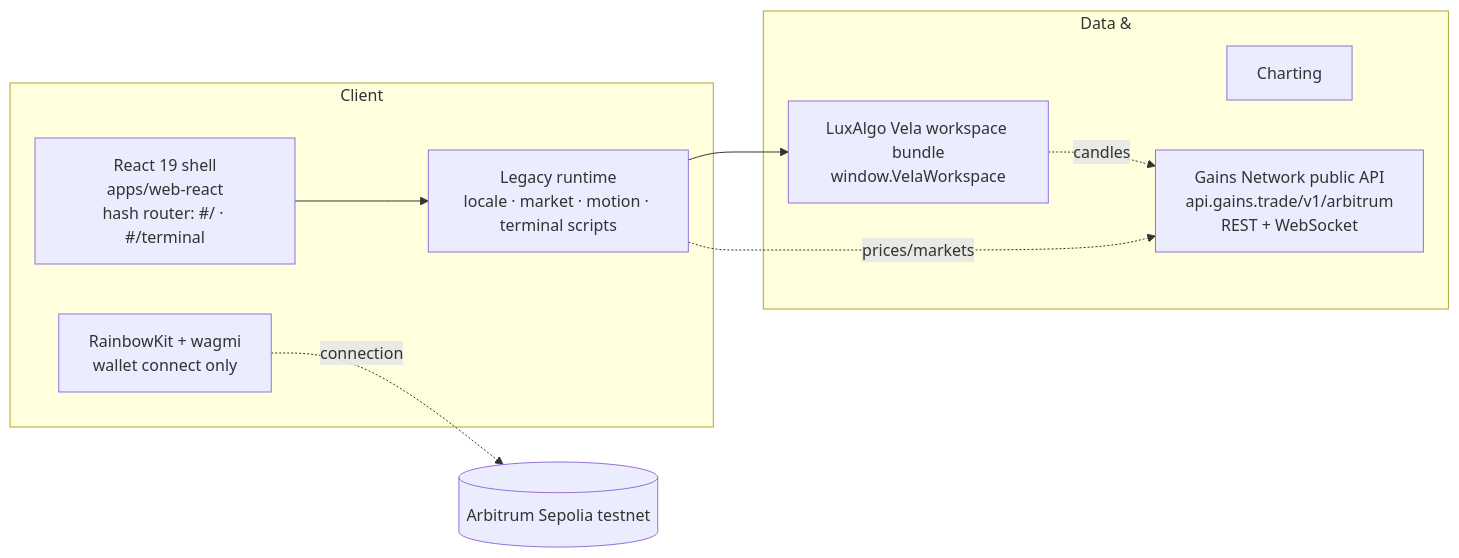
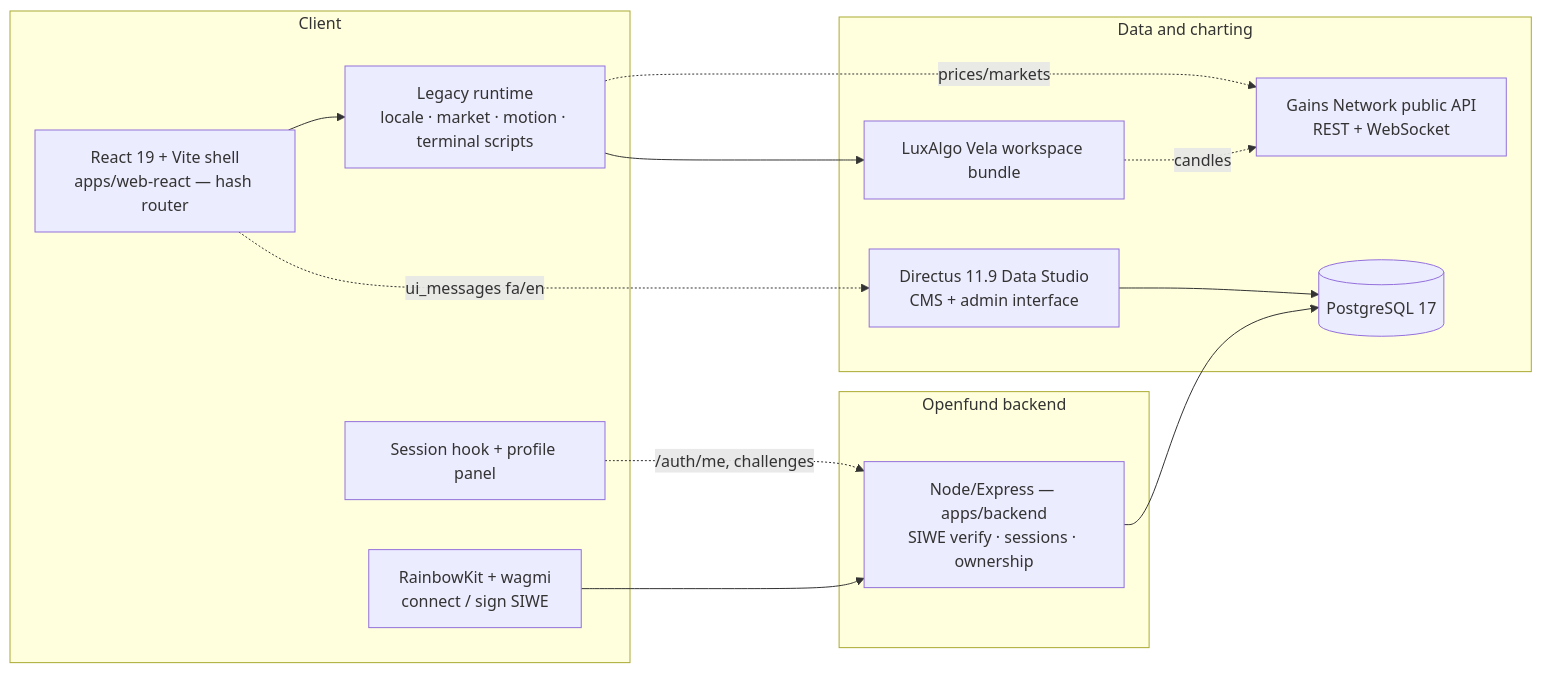
The diagram in README.md (algomanlife/openfund), drawn with Mermaid before and after one commit. The commit also changed other lines of this file and 197 other files, not shown here.

First line of the commit message:
feat(identity): wallet-based user management — SIWE auth, sessions, challenges, backstage

````diff
--- a/README.md
+++ b/README.md
@@ -105,17 +62,26 @@
 ```mermaid
 flowchart LR
   subgraph Client
-    R[React 19 shell<br/>apps/web-react<br/>hash router: #/ · #/terminal]
+    R[React 19 + Vite shell<br/>apps/web-react — hash router]
     L[Legacy runtime<br/>locale · market · motion · terminal scripts]
-    W[RainbowKit + wagmi<br/>wallet connect only]
+    W[RainbowKit + wagmi<br/>connect / sign SIWE]
+    S[Session hook + profile panel]
   end
-  subgraph Data &amp; Charting
-    V[LuxAlgo Vela workspace bundle<br/>window.VelaWorkspace]
-    G[Gains Network public API<br/>api.gains.trade/v1/arbitrum<br/>REST + WebSocket]
+  subgraph Openfund backend
+    B[Node/Express — apps/backend<br/>SIWE verify · sessions · ownership]
   end
-  R --> L
-  L --> V
+  subgraph Data and charting
+    V[LuxAlgo Vela workspace bundle]
+    G[Gains Network public API<br/>REST + WebSocket]
+    D[(PostgreSQL 17)]
+    DS[Directus 11.9 Data Studio<br/>CMS + admin interface]
+  end
+  R --> L --> V
   V -.candles.-> G
   L -.prices/markets.-> G
-  W -.connection.-> S[(Arbitrum Sepolia testnet)]
+  W --> B
+  B --> D
+  S -. /auth/me, challenges .-> B
+  R -. ui_messages fa/en .-> DS
+  DS --> D
 ```
````
